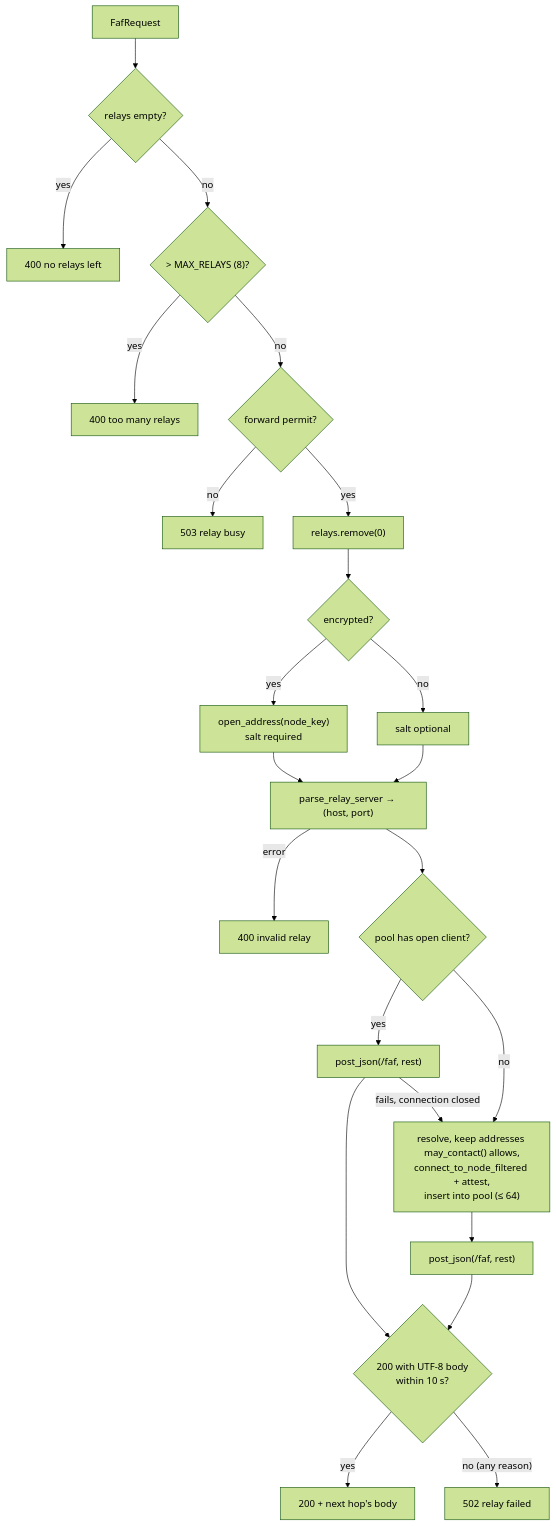
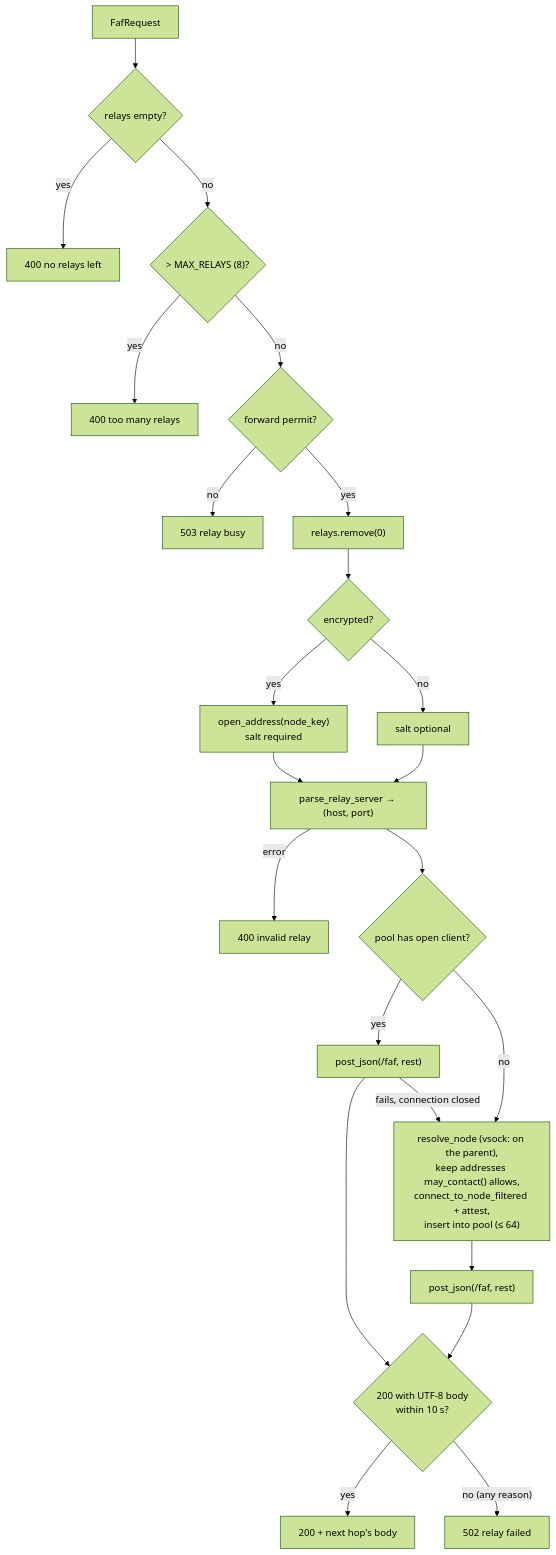
One commit to Lanetus/TTKServer changed the diagram in docs/src/relay.md. Above: the diagram before and after it, drawn with Mermaid (forest theme). The commit also changed other lines of this file and 6 other files, not shown here.

First line of the commit message:
fix: update the mdBook architecture docs to v6.5.0 (#103)

````diff
--- a/docs/src/relay.md
+++ b/docs/src/relay.md
@@ -40,23 +40,23 @@
 ```mermaid
 flowchart TD
     A["FafRequest"] --> B{"relays empty?"}
     B -- yes --> E400["400 no relays left"]
     B -- no --> B2{"> MAX_RELAYS (8)?"}
     B2 -- yes --> E400c["400 too many relays"]
     B2 -- no --> P{"forward permit?"}
     P -- no --> E503["503 relay busy"]
     P -- yes --> C["relays.remove(0)"]
     C --> D{"encrypted?"}
     D -- yes --> D1["open_address(node_key)<br/>salt required"]
     D -- no --> D2["salt optional"]
     D1 & D2 --> F["parse_relay_server → (host, port)"]
     F -- error --> E400b["400 invalid relay"]
     F --> G{"pool has open client?"}
     G -- yes --> H["post_json(/faf, rest)"]
     H -- "fails, connection closed" --> I
-    G -- no --> I["resolve, keep addresses may_contact() allows,<br/>connect_to_node_filtered + attest,<br/>insert into pool (≤ 64)"]
+    G -- no --> I["resolve_node (vsock: on the parent),<br/>keep addresses may_contact() allows,<br/>connect_to_node_filtered + attest,<br/>insert into pool (≤ 64)"]
     I --> H2["post_json(/faf, rest)"]
     H & H2 --> J{"200 with UTF-8 body<br/>within 10 s?"}
     J -- yes --> OK["200 + next hop's body"]
     J -- "no (any reason)" --> E502["502 relay failed"]
 ```
````
